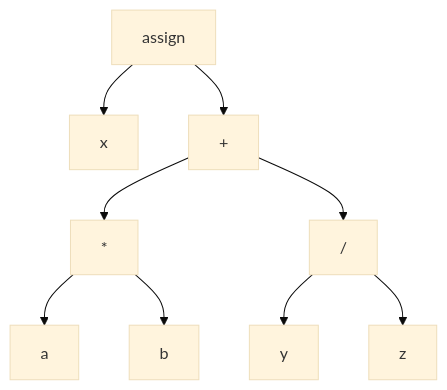
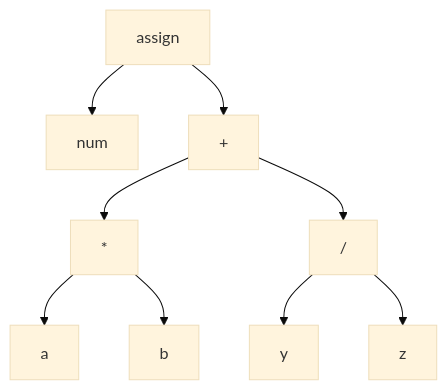
Before and after one commit to KeremTAN/Compiler-Lecture: the diagram in README.md, drawn with Mermaid (base theme). The commit also changed other lines of this file, not shown here.

Commit message:
optimizer is added & x converted to num

````diff
--- a/README.md
+++ b/README.md
@@ -88,12 +91,12 @@
 ```mermaid
   graph TD;
       linkStyle default interpolate basis;
-      assign --> x;
+      assign --> num;
       assign --> +;
       + --> *;
       + --> /;
       * --> a;
       * --> b;
       / --> y;
       / --> z;
 ```
````
